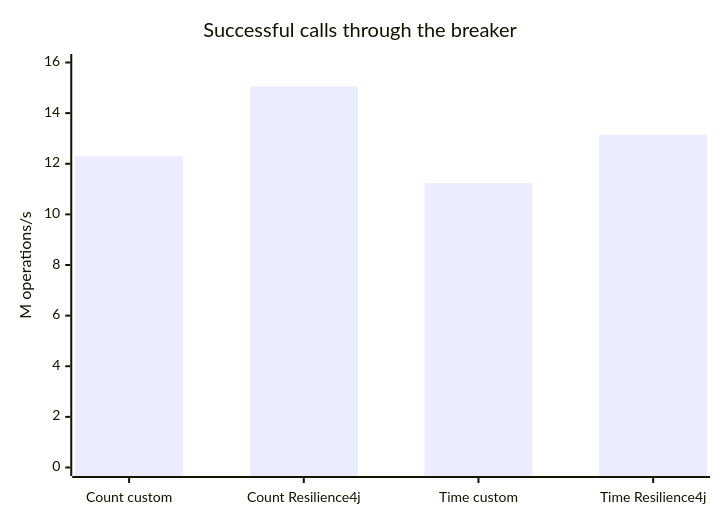
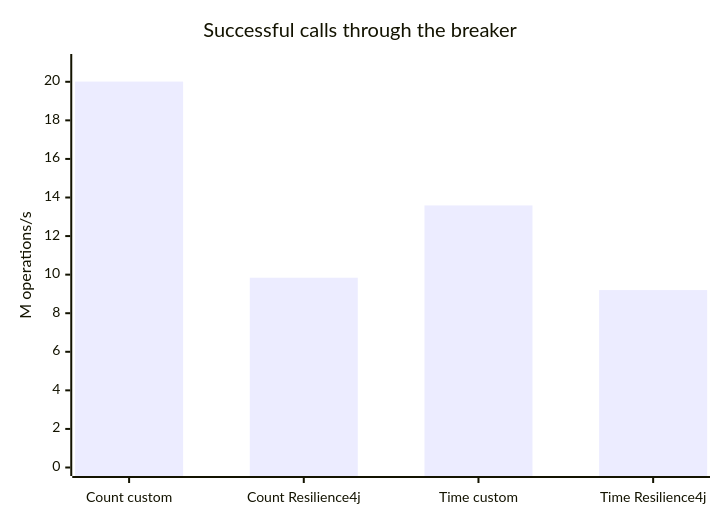
Before and after one commit to sandu-motelica/circuit-breaker: the diagram in docs/evaluation/benchmark-results/charts/success-throughput.md, drawn with Mermaid. The commit also changed 26 other files, not shown here.

````diff
--- a/docs/evaluation/benchmark-results/charts/success-throughput.md
+++ b/docs/evaluation/benchmark-results/charts/success-throughput.md
@@ -7,7 +7,7 @@
 ```mermaid
 xychart-beta
     title "Successful calls through the breaker"
     x-axis ["Count custom", "Count Resilience4j", "Time custom", "Time Resilience4j"]
-    y-axis "M operations/s" 0 --> 16
-    bar [12.30, 15.06, 11.23, 13.15]
+    y-axis "M operations/s" 0 --> 21
+    bar [20.01, 9.84, 13.59, 9.20]
 ```
````
